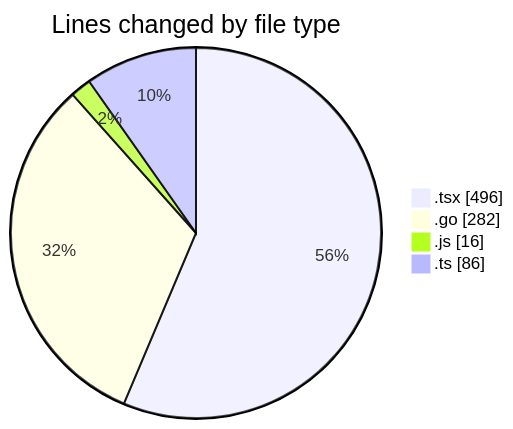
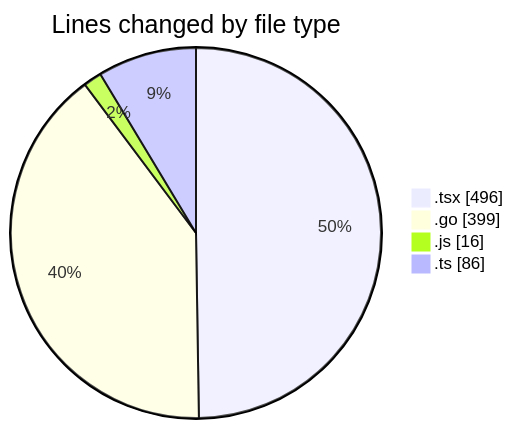
The first of 2 diagrams in 2025-03-04/termonied_testador/README.md (robertbonfada/code-tracking), drawn with Mermaid before and after one commit. The commit also changed other lines of this file and 1 other file, not shown here.

````diff
--- a/2025-03-04/termonied_testador/README.md
+++ b/2025-03-04/termonied_testador/README.md
@@ -26,8 +26,8 @@
 ```mermaid
 pie showData
 title Lines changed by file type
 ".tsx" : 496
-".go" : 282
+".go" : 399
 ".js" : 16
 ".ts" : 86
 ```
````
